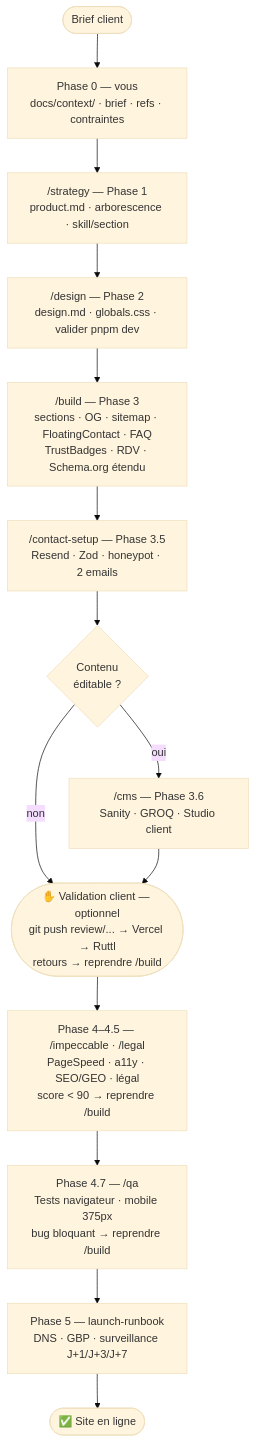
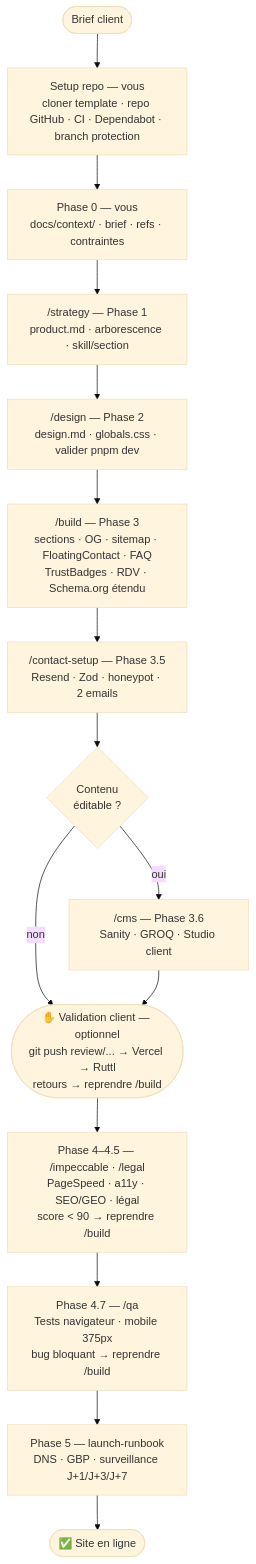
Before and after one commit to MobemSolutions/mobem-starter-kit: the diagram in docs/workflow.md, drawn with Mermaid (base theme). The commit also changed other lines of this file, not shown here.

Commit message:
docs: add repo setup checklist + mermaid node

````diff
--- a/docs/workflow.md
+++ b/docs/workflow.md
@@ -9,38 +9,41 @@
 ```mermaid
 flowchart TD
-    A([Brief client]) --> B
+    A([Brief client]) --> SETUP
+
+    SETUP["Setup repo — vous<br/>cloner template · repo GitHub · CI · Dependabot · branch protection"]
+    SETUP --> B
 
     B["Phase 0 — vous<br/>docs/context/ · brief · refs · contraintes"]
     B --> C
 
     C["/strategy — Phase 1<br/>product.md · arborescence · skill/section"]
     C --> D
 
     D["/design — Phase 2<br/>design.md · globals.css · valider pnpm dev"]
     D --> E
 
     E["/build — Phase 3<br/>sections · OG · sitemap · FloatingContact · FAQ<br/>TrustBadges · RDV · Schema.org étendu"]
     E --> F
 
     F["/contact-setup — Phase 3.5<br/>Resend · Zod · honeypot · 2 emails"]
     F --> CMSQ
 
     CMSQ{"Contenu<br/>éditable ?"}
     CMSQ -->|non| G
     CMSQ -->|oui| CMS
 
     CMS["/cms — Phase 3.6<br/>Sanity · GROQ · Studio client"]
     CMS --> G
 
     G(["✋ Validation client — optionnel<br/>git push review/... → Vercel → Ruttl<br/>retours → reprendre /build"])
     G --> H
 
     H["Phase 4–4.5 — /impeccable · /legal<br/>PageSpeed · a11y · SEO/GEO · légal<br/>score < 90 → reprendre /build"]
     H --> QA
 
     QA["Phase 4.7 — /qa<br/>Tests navigateur · mobile 375px<br/>bug bloquant → reprendre /build"]
     QA --> I
 
     I["Phase 5 — launch-runbook<br/>DNS · GBP · surveillance J+1/J+3/J+7"]
     I --> J([✅ Site en ligne])
 ```
````
